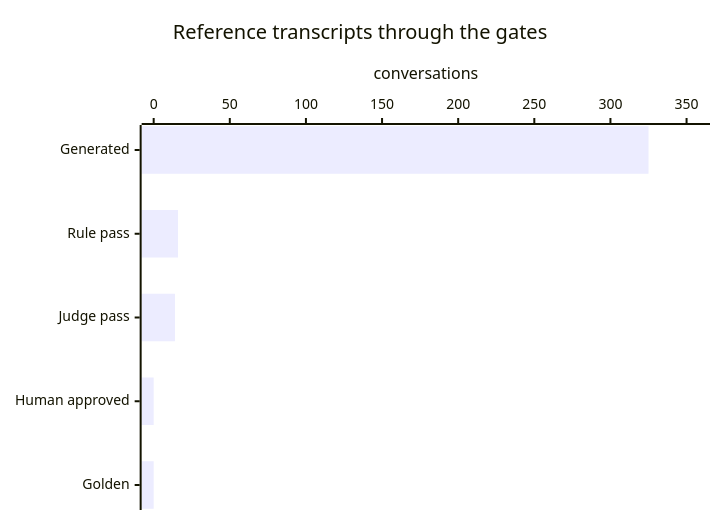
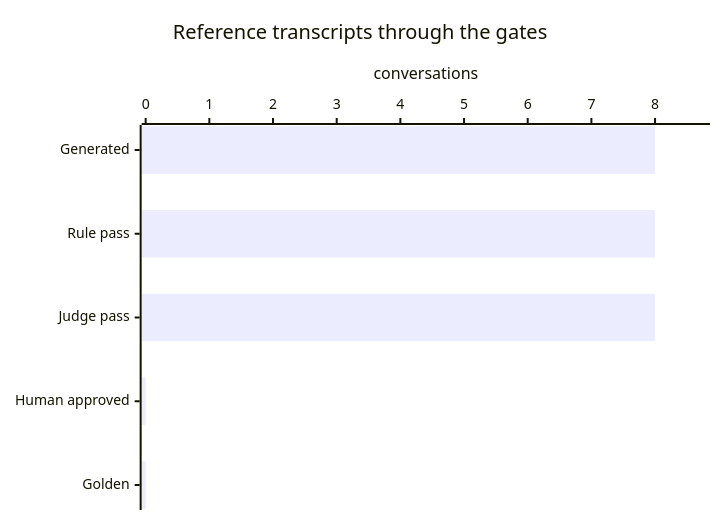
Before and after one commit to queenley/capstone_sudocode2026: the fifth of 5 diagrams in evaluation/data-generation/output/reports/validation_report.md, drawn with Mermaid. The commit also changed other lines of this file and 1541 other files, not shown here.

````diff
--- a/evaluation/data-generation/output/reports/validation_report.md
+++ b/evaluation/data-generation/output/reports/validation_report.md
@@ -221,7 +111,7 @@
 ```mermaid
 xychart-beta horizontal
     title "Reference transcripts through the gates"
     x-axis ["Generated", "Rule pass", "Judge pass", "Human approved", "Golden"]
-    y-axis "conversations" 0 --> 357.5
-    bar [325, 16, 14, 0, 0]
+    y-axis "conversations" 0 --> 8.8
+    bar [8, 8, 8, 0, 0]
 ```
````
